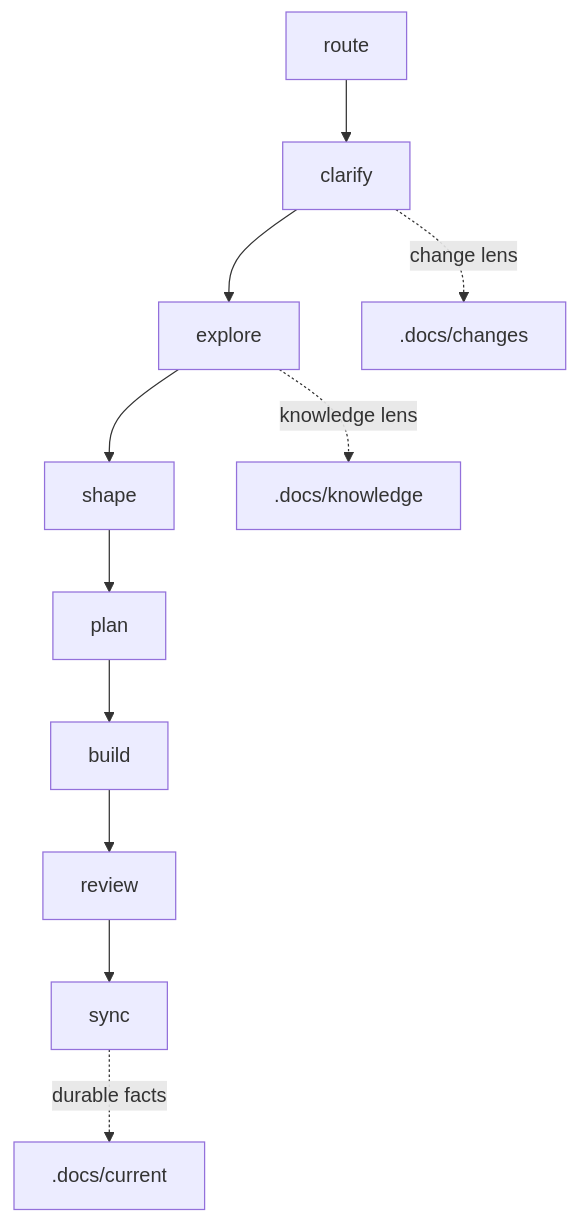
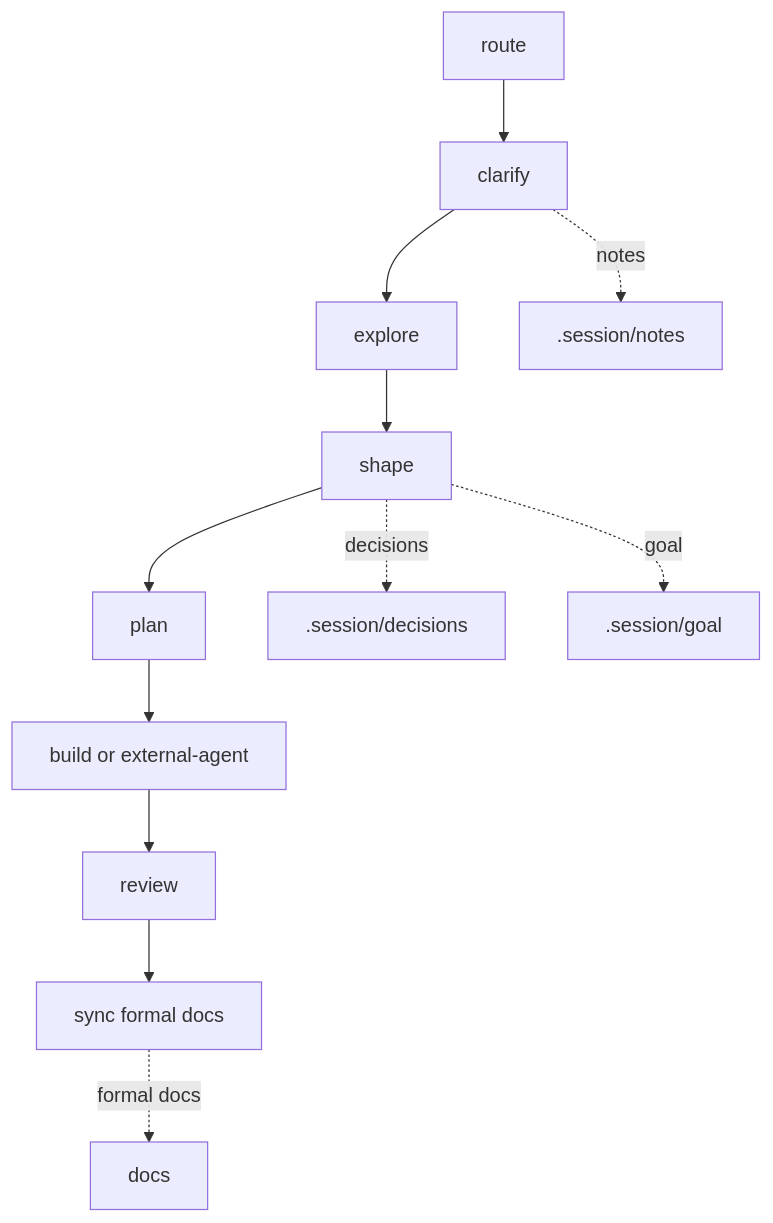
Before and after one commit to FlutteryEmbers/workflow: the diagram in .workflow/README.md, drawn with Mermaid. The commit also changed other lines of this file and 50 other files, not shown here.

````diff
--- a/.workflow/README.md
+++ b/.workflow/README.md
@@ -9,14 +7,15 @@
 ```mermaid
 graph TD
     R["route"] --> C["clarify"]
     C --> E["explore"]
     E --> S["shape"]
     S --> P["plan"]
-    P --> B["build"]
+    P --> B["build or external-agent"]
     B --> V["review"]
-    V --> Y["sync"]
+    V --> Y["sync formal docs"]
 
-    C -. "change lens" .-> CH[".docs/changes"]
-    E -. "knowledge lens" .-> K[".docs/knowledge"]
-    Y -. "durable facts" .-> CUR[".docs/current"]
+    C -. "notes" .-> N[".session/notes"]
+    S -. "decisions" .-> D[".session/decisions"]
+    S -. "goal" .-> G[".session/goal"]
+    Y -. "formal docs" .-> F["docs"]
 ```
````
